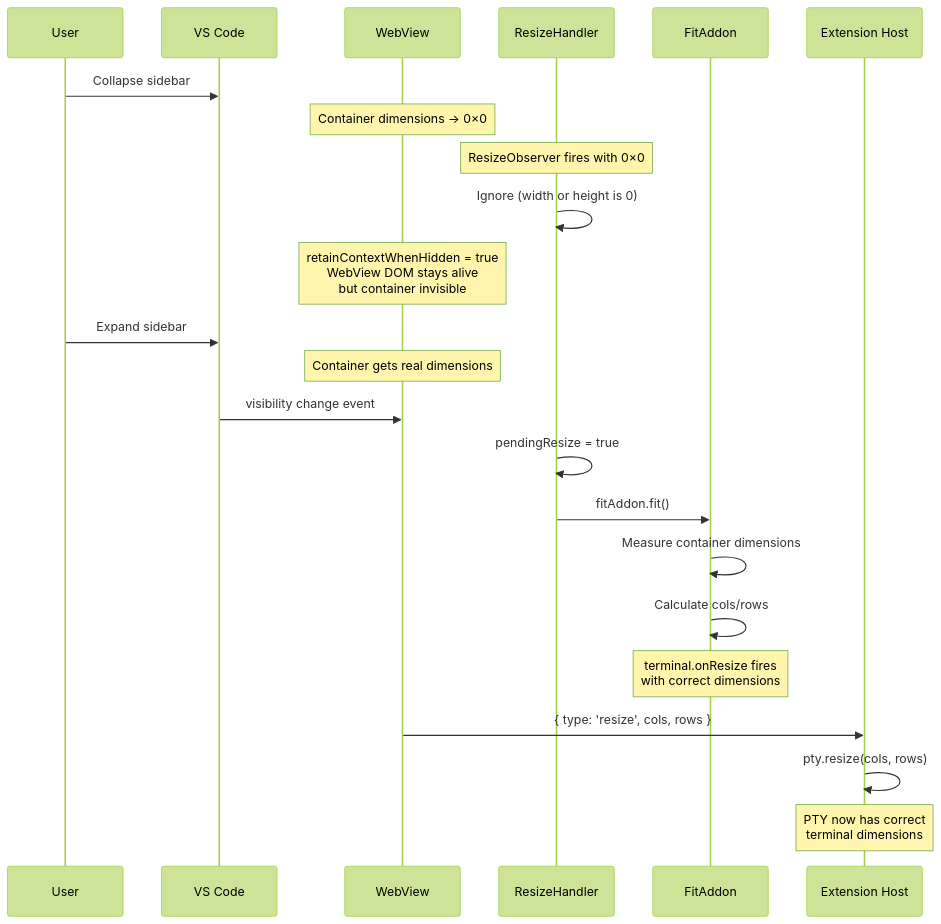
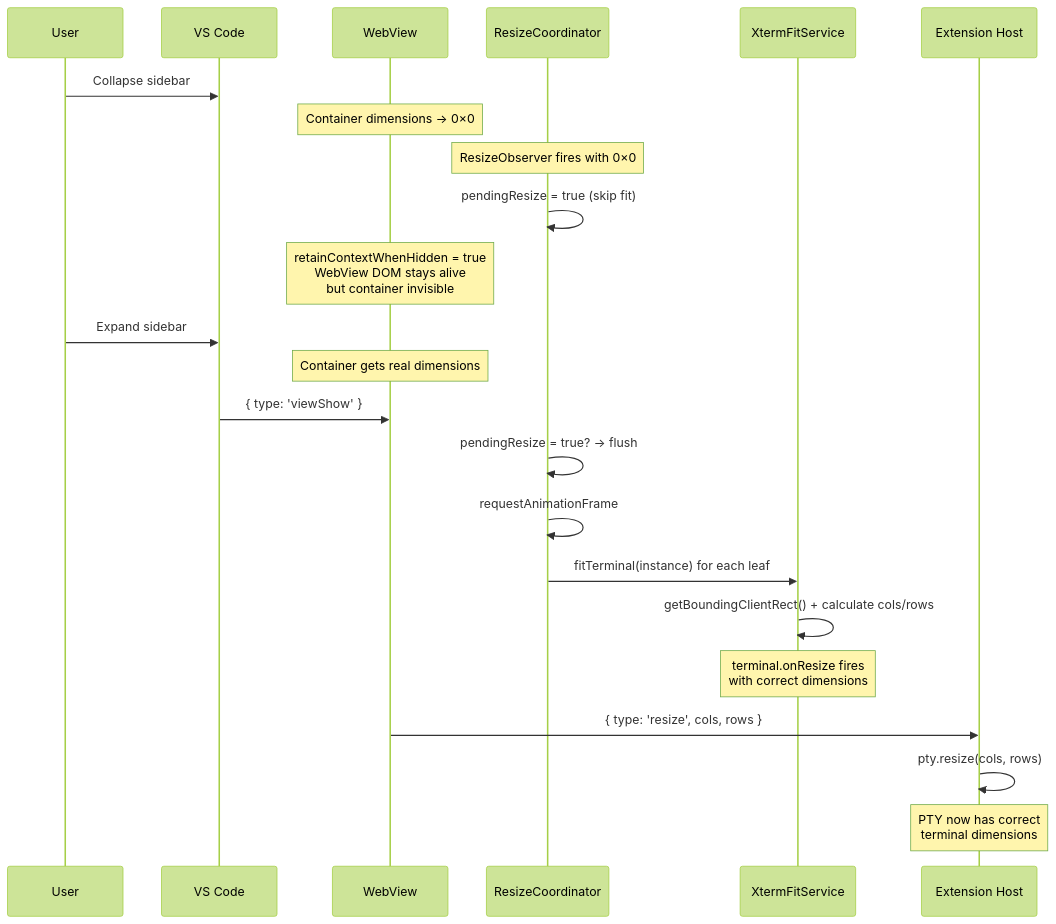
The fourth of 7 diagrams in docs/design/resize-handling.md (huybuidac/anywhere-terminal), drawn with Mermaid (forest theme) before and after one commit. The commit also changed other lines of this file and 46 other files, not shown here.

Commit message:
refactor: extract terminal factory, split renderer, and flow control into dedicated modules, reducing main.ts to a composition root, and add new webview tests.

````diff
--- a/docs/design/resize-handling.md
+++ b/docs/design/resize-handling.md
@@ -200,32 +226,32 @@
 ```mermaid
 sequenceDiagram
     participant User
     participant VSCode as VS Code
     participant WV as WebView
-    participant RH as ResizeHandler
-    participant FA as FitAddon
+    participant RC as ResizeCoordinator
+    participant XFS as XtermFitService
     participant EXT as Extension Host
 
     User->>VSCode: Collapse sidebar
     Note over WV: Container dimensions → 0×0
-    Note over RH: ResizeObserver fires with 0×0
-    RH->>RH: Ignore (width or height is 0)
+    Note over RC: ResizeObserver fires with 0×0
+    RC->>RC: pendingResize = true (skip fit)
 
     Note over WV: retainContextWhenHidden = true<br/>WebView DOM stays alive<br/>but container invisible
 
     User->>VSCode: Expand sidebar
     Note over WV: Container gets real dimensions
 
-    VSCode->>WV: visibility change event
+    VSCode->>WV: { type: 'viewShow' }
 
-    RH->>RH: pendingResize = true
-    RH->>FA: fitAddon.fit()
-    FA->>FA: Measure container dimensions
-    FA->>FA: Calculate cols/rows
+    RC->>RC: pendingResize = true? → flush
+    RC->>RC: requestAnimationFrame
+    RC->>XFS: fitTerminal(instance) for each leaf
+    XFS->>XFS: getBoundingClientRect() + calculate cols/rows
 
-    Note over FA: terminal.onResize fires<br/>with correct dimensions
+    Note over XFS: terminal.onResize fires<br/>with correct dimensions
 
     WV->>EXT: { type: 'resize', cols, rows }
     EXT->>EXT: pty.resize(cols, rows)
     Note over EXT: PTY now has correct<br/>terminal dimensions
 ```
````
